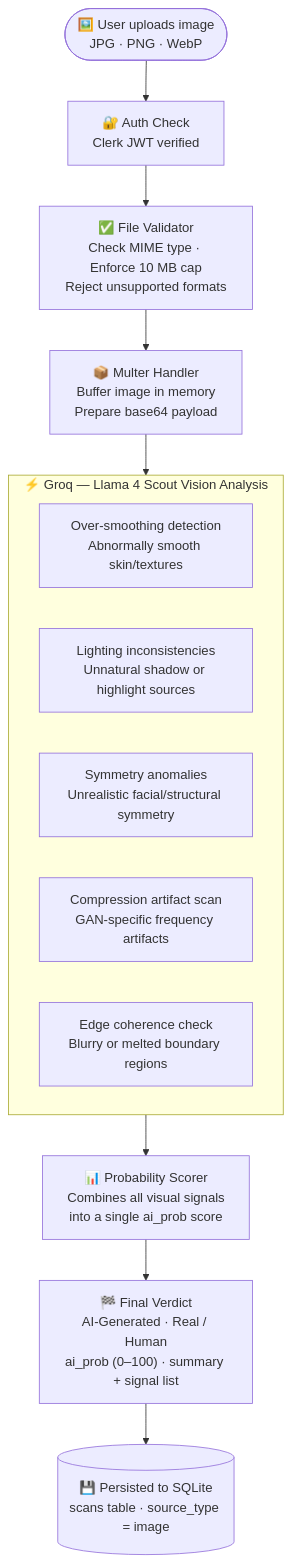
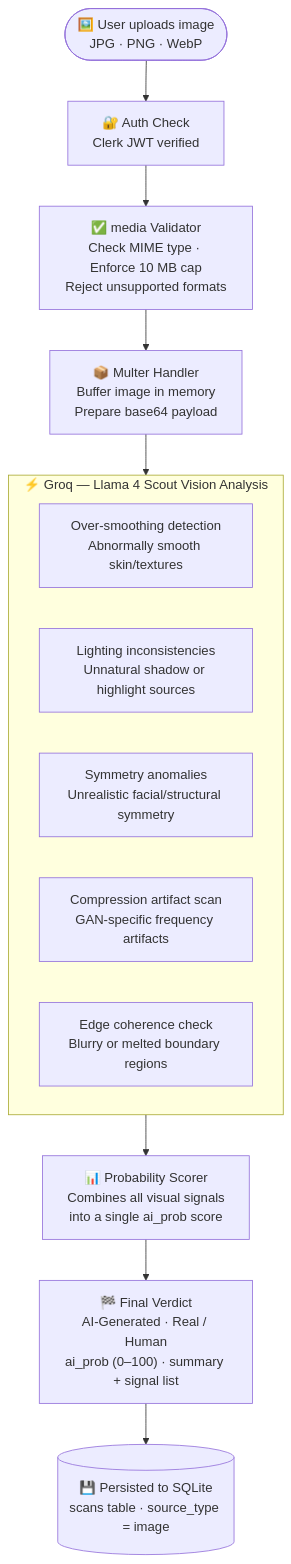
Before and after one commit to sania1006/Text_Detection: the third of 4 diagrams in README.md, drawn with Mermaid. The commit also changed other lines of this file, not shown here.

````diff
--- a/README.md
+++ b/README.md
@@ -129,19 +129,19 @@
 ```mermaid
 flowchart TD
     A([🖼️ User uploads image\nJPG · PNG · WebP]) --> B["🔐 Auth Check\nClerk JWT verified"]
-    B --> C["✅ File Validator\nCheck MIME type · Enforce 10 MB cap\nReject unsupported formats"]
+    B --> C["✅ media Validator\nCheck MIME type · Enforce 10 MB cap\nReject unsupported formats"]
     C --> D["📦 Multer Handler\nBuffer image in memory\nPrepare base64 payload"]
     D --> E["⚡ Groq API Call\nLlama 4 Scout — Multimodal Vision"]
 
     subgraph E["⚡ Groq — Llama 4 Scout Vision Analysis"]
         E1["Over-smoothing detection\nAbnormally smooth skin/textures"]
         E2["Lighting inconsistencies\nUnnatural shadow or highlight sources"]
         E3["Symmetry anomalies\nUnrealistic facial/structural symmetry"]
         E4["Compression artifact scan\nGAN-specific frequency artifacts"]
         E5["Edge coherence check\nBlurry or melted boundary regions"]
     end
 
     E --> F["📊 Probability Scorer\nCombines all visual signals\ninto a single ai_prob score"]
     F --> G["🏁 Final Verdict\nAI-Generated · Real / Human\nai_prob (0–100) · summary + signal list"]
     G --> H[("💾 Persisted to SQLite\nscans table · source_type = image")]
 ```
````
